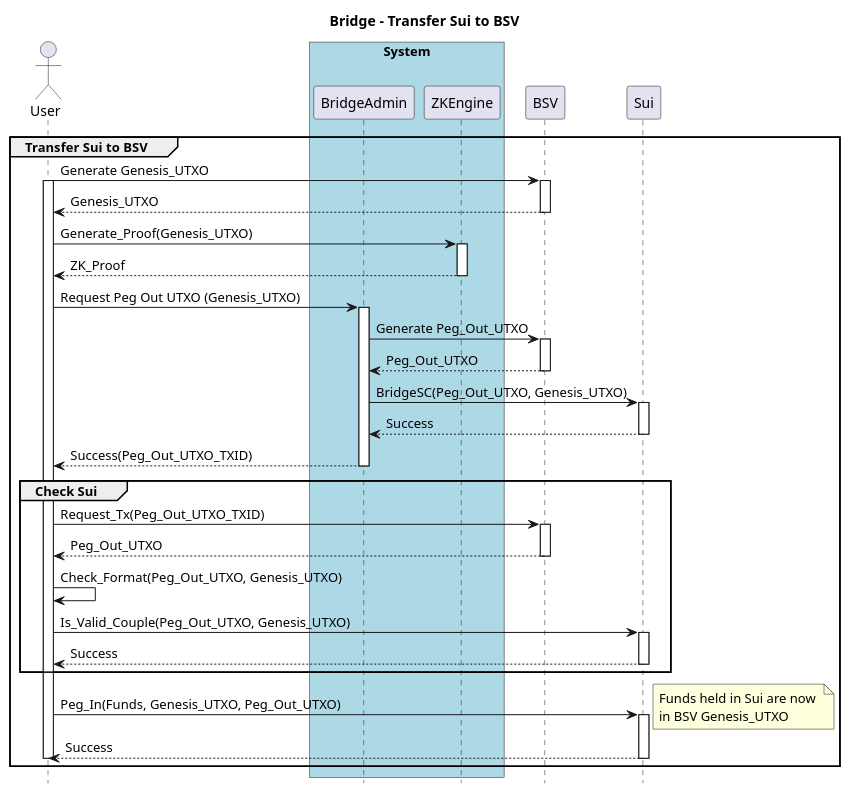
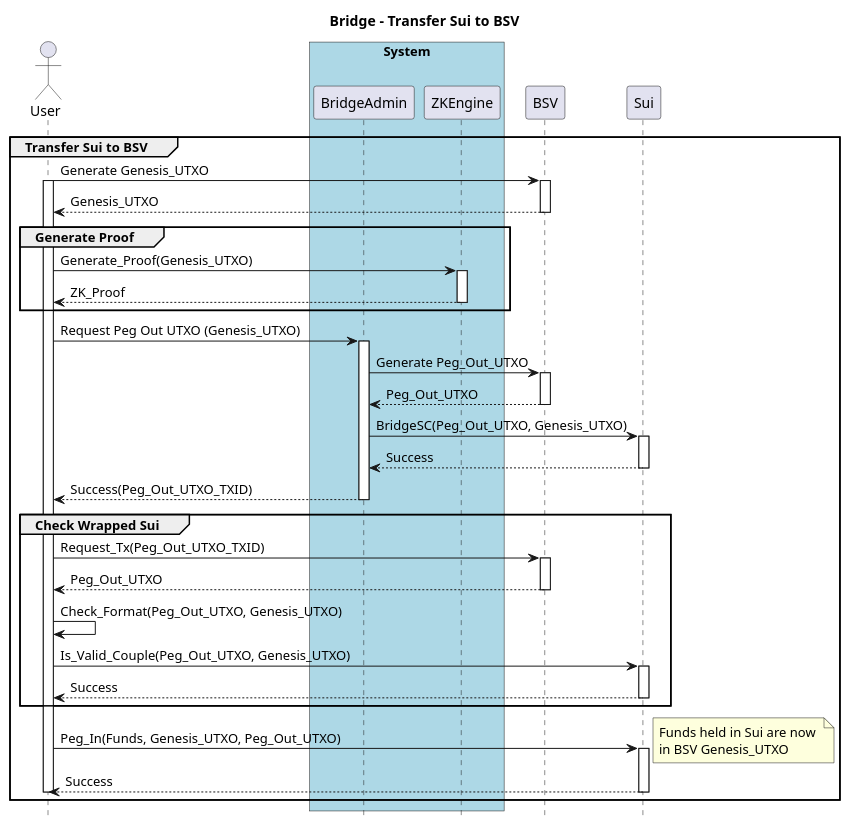
The diagram in docs/diagrams/sequence-sui-to-bsv.puml (nchain-innovation/tcpBridge), drawn with PlantUML before and after one commit. The commit also changed 8 other files, not shown here.

```diff
--- a/docs/diagrams/sequence-sui-to-bsv.puml
+++ b/docs/diagrams/sequence-sui-to-bsv.puml
@@ -1,81 +1,81 @@
 @startuml
 title Bridge - Transfer Sui to BSV
 hide footbox
 
 actor User as U
 
 
 box "System" #lightblue
     participant BridgeAdmin as A
     participant ZKEngine as Z
     
 end box
 
 participant BSV
 participant Sui 
 
 
 group Transfer Sui to BSV
     
     U -> BSV: Generate Genesis_UTXO
     activate U
     activate BSV
     BSV --> U: Genesis_UTXO
     deactivate BSV
 
-    U -> Z: Generate_Proof(Genesis_UTXO)
-    activate Z
-    Z --> U: ZK_Proof
-    deactivate Z
+    group Generate Proof
 
+        U -> Z: Generate_Proof(Genesis_UTXO)
+        activate Z
+        Z --> U: ZK_Proof
+        deactivate Z
+    end
 
     U -> A: Request Peg Out UTXO (Genesis_UTXO)
     activate A
     A -> BSV: Generate Peg_Out_UTXO
     activate BSV
     BSV --> A: Peg_Out_UTXO
     deactivate BSV
     
     A -> Sui: BridgeSC(Peg_Out_UTXO, Genesis_UTXO)
     activate Sui
     Sui --> A: Success
     deactivate Sui
     
     A --> U: Success(Peg_Out_UTXO_TXID)
     deactivate A
 
-    group Check Sui
-
+    group Check Wrapped Sui
 
         U -> BSV: Request_Tx(Peg_Out_UTXO_TXID)
         activate BSV
         BSV --> U: Peg_Out_UTXO
         deactivate BSV
 
         U -> U : Check_Format(Peg_Out_UTXO, Genesis_UTXO)
-
 
         U -> Sui: Is_Valid_Couple(Peg_Out_UTXO, Genesis_UTXO)
         activate Sui
         Sui --> U: Success
         deactivate Sui
 
     end
 
     U -> Sui: Peg_In(Funds, Genesis_UTXO, Peg_Out_UTXO)
     activate Sui
     
     note right
     Funds held in Sui are now 
     in BSV Genesis_UTXO
     end note
 
     Sui --> U: Success
     deactivate Sui
     deactivate U
     
 end
 
 
 
 @enduml
```
